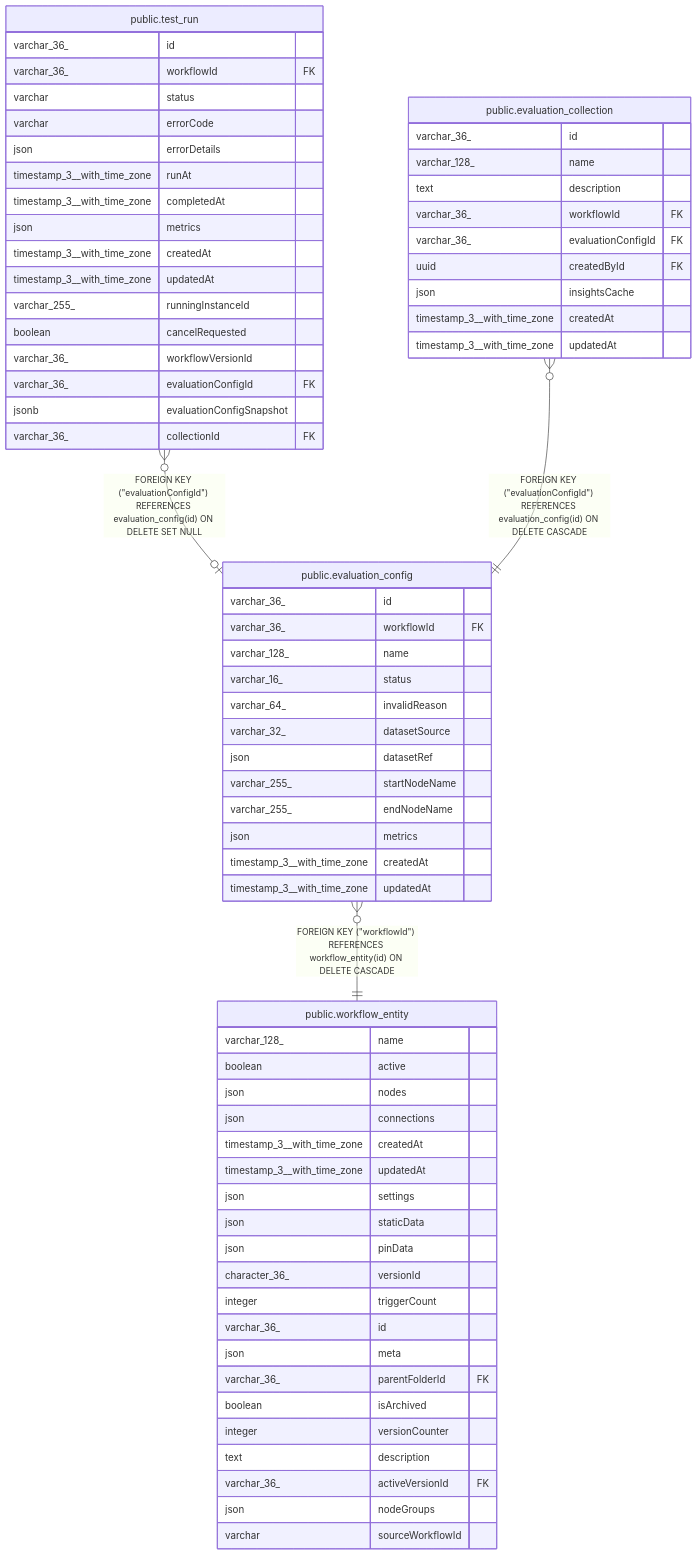
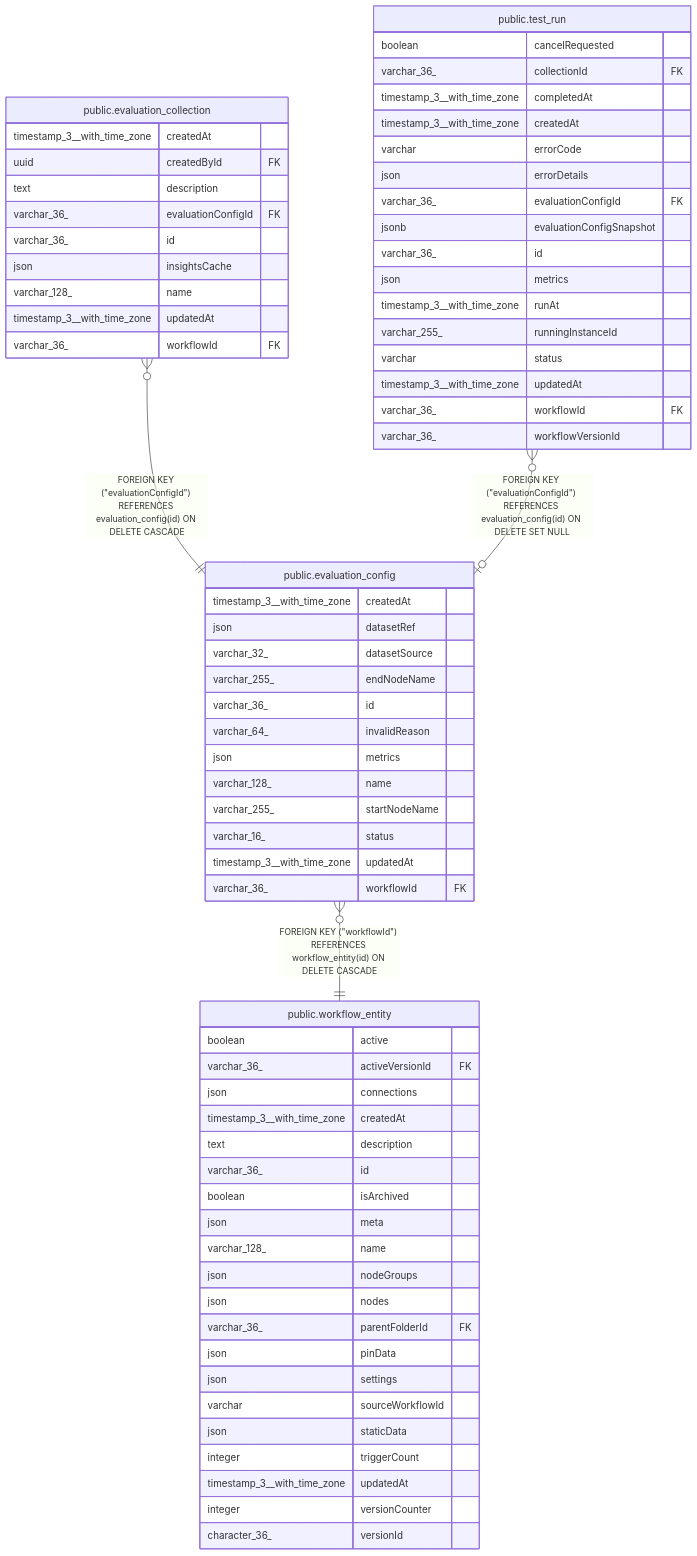
The diagram in docs/generated/postgres-schema/public.evaluation_config.md (mayankjain1815-commits/n8n), drawn with Mermaid before and after one commit. The commit also changed other lines of this file and 221 other files, not shown here.

Commit message:
chore(core): Make DB schema docs generation deterministic (#32373)

````diff
--- a/docs/generated/postgres-schema/public.evaluation_config.md
+++ b/docs/generated/postgres-schema/public.evaluation_config.md
@@ -49,73 +49,73 @@
 ```mermaid
 erDiagram
 
+"public.evaluation_collection" }o--|| "public.evaluation_config" : "FOREIGN KEY (#quot;evaluationConfigId#quot;) REFERENCES evaluation_config(id) ON DELETE CASCADE"
 "public.test_run" }o--o| "public.evaluation_config" : "FOREIGN KEY (#quot;evaluationConfigId#quot;) REFERENCES evaluation_config(id) ON DELETE SET NULL"
-"public.evaluation_collection" }o--|| "public.evaluation_config" : "FOREIGN KEY (#quot;evaluationConfigId#quot;) REFERENCES evaluation_config(id) ON DELETE CASCADE"
 "public.evaluation_config" }o--|| "public.workflow_entity" : "FOREIGN KEY (#quot;workflowId#quot;) REFERENCES workflow_entity(id) ON DELETE CASCADE"
 
 "public.evaluation_config" {
+  timestamp_3__with_time_zone createdAt
+  json datasetRef
+  varchar_32_ datasetSource
+  varchar_255_ endNodeName
   varchar_36_ id
+  varchar_64_ invalidReason
+  json metrics
+  varchar_128_ name
+  varchar_255_ startNodeName
+  varchar_16_ status
+  timestamp_3__with_time_zone updatedAt
   varchar_36_ workflowId FK
+}
+"public.evaluation_collection" {
+  timestamp_3__with_time_zone createdAt
+  uuid createdById FK
+  text description
+  varchar_36_ evaluationConfigId FK
+  varchar_36_ id
+  json insightsCache
   varchar_128_ name
-  varchar_16_ status
-  varchar_64_ invalidReason
-  varchar_32_ datasetSource
-  json datasetRef
-  varchar_255_ startNodeName
-  varchar_255_ endNodeName
-  json metrics
-  timestamp_3__with_time_zone createdAt
   timestamp_3__with_time_zone updatedAt
+  varchar_36_ workflowId FK
 }
 "public.test_run" {
-  varchar_36_ id
-  varchar_36_ workflowId FK
-  varchar status
+  boolean cancelRequested
+  varchar_36_ collectionId FK
+  timestamp_3__with_time_zone completedAt
+  timestamp_3__with_time_zone createdAt
   varchar errorCode
   json errorDetails
-  timestamp_3__with_time_zone runAt
-  timestamp_3__with_time_zone completedAt
-  json metrics
-  timestamp_3__with_time_zone createdAt
-  timestamp_3__with_time_zone updatedAt
-  varchar_255_ runningInstanceId
-  boolean cancelRequested
-  varchar_36_ workflowVersionId
   varchar_36_ evaluationConfigId FK
   jsonb evaluationConfigSnapshot
-  varchar_36_ collectionId FK
-}
-"public.evaluation_collection" {
   varchar_36_ id
-  varchar_128_ name
-  text description
+  json metrics
+  timestamp_3__with_time_zone runAt
+  varchar_255_ runningInstanceId
+  varchar status
+  timestamp_3__with_time_zone updatedAt
   varchar_36_ workflowId FK
-  varchar_36_ evaluationConfigId FK
-  uuid createdById FK
-  json insightsCache
-  timestamp_3__with_time_zone createdAt
-  timestamp_3__with_time_zone updatedAt
+  varchar_36_ workflowVersionId
 }
 "public.workflow_entity" {
-  varchar_128_ name
   boolean active
-  json nodes
+  varchar_36_ activeVersionId FK
   json connections
   timestamp_3__with_time_zone createdAt
+  text description
+  varchar_36_ id
+  boolean isArchived
+  json meta
+  varchar_128_ name
+  json nodeGroups
+  json nodes
+  varchar_36_ parentFolderId FK
+  json pinData
+  json settings
+  varchar sourceWorkflowId
+  json staticData
+  integer triggerCount
   timestamp_3__with_time_zone updatedAt
-  json settings
-  json staticData
-  json pinData
+  integer versionCounter
   character_36_ versionId
-  integer triggerCount
-  varchar_36_ id
-  json meta
-  varchar_36_ parentFolderId FK
-  boolean isArchived
-  integer versionCounter
-  text description
-  varchar_36_ activeVersionId FK
-  json nodeGroups
-  varchar sourceWorkflowId
 }
 ```
````
